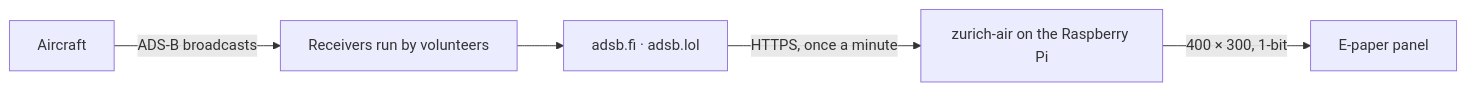
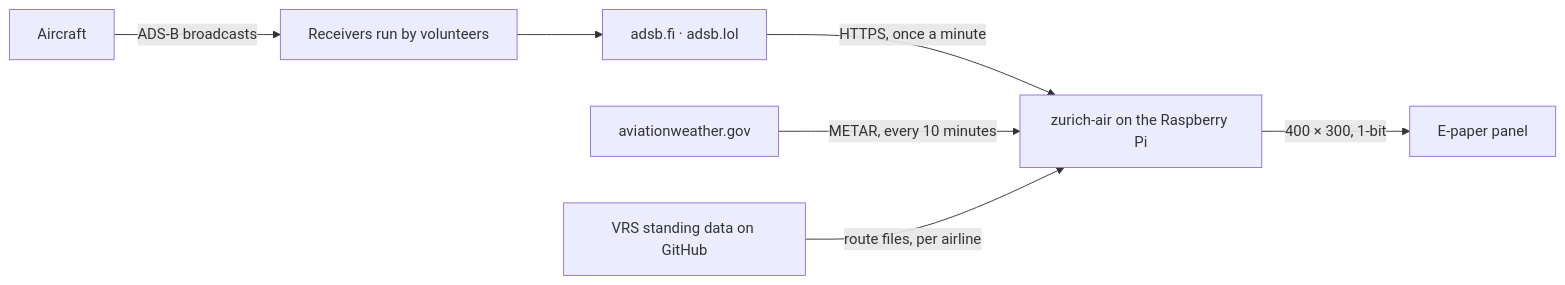
Before and after one commit to nandometzger/zurich-air: the diagram in README.md, drawn with Mermaid. The commit also changed other lines of this file and 4 other files, not shown here.

First line of the commit message:
Update the README, roadmap and guides for the airport line and routes

````diff
--- a/README.md
+++ b/README.md
@@ -68,7 +75,9 @@
 ```mermaid
 flowchart LR
     AC["Aircraft"] -->|"ADS-B broadcasts"| RX["Receivers run by volunteers"]
     RX --> AG["adsb.fi · adsb.lol"]
     AG -->|"HTTPS, once a minute"| ZA["zurich-air on the Raspberry Pi"]
+    WX["aviationweather.gov"] -->|"METAR, every 10 minutes"| ZA
+    VR["VRS standing data on GitHub"] -->|"route files, per airline"| ZA
     ZA -->|"400 × 300, 1-bit"| EP["E-paper panel"]
 ```
````
